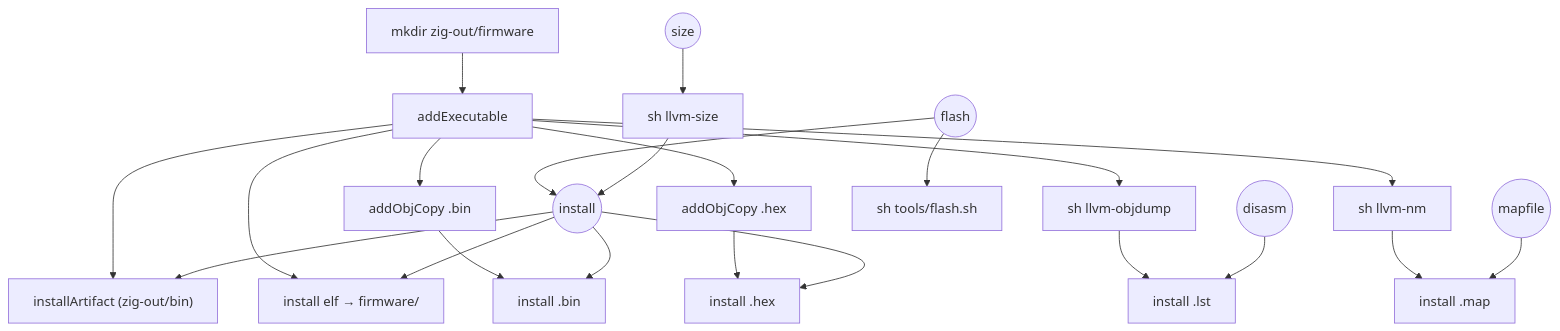
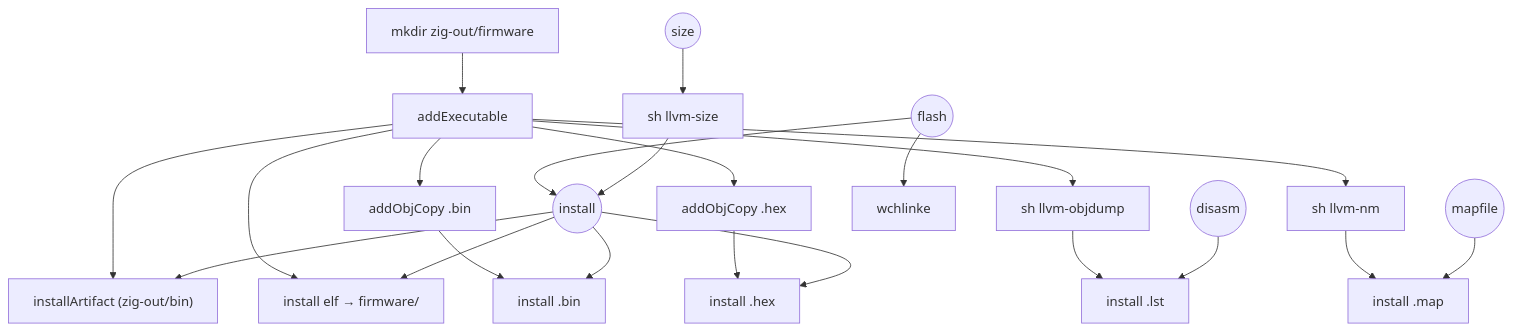
One commit to MimocWorks/ch32fun_zig changed the second of 2 diagrams in docs/chapters/07-build-zig-walkthrough/README.md. Above: the diagram before and after it, drawn with Mermaid. The commit also changed other lines of this file and 12 other files, not shown here.

````diff
--- a/docs/chapters/07-build-zig-walkthrough/README.md
+++ b/docs/chapters/07-build-zig-walkthrough/README.md
@@ -246,24 +246,24 @@
 ```mermaid
 flowchart TD
     mkdir["mkdir zig-out/firmware"] --> exe["addExecutable"]
     exe --> instArt["installArtifact (zig-out/bin)"]
     exe --> elfInst["install elf → firmware/"]
     exe --> bin["addObjCopy .bin"]
     exe --> hex["addObjCopy .hex"]
     bin --> binInst["install .bin"]
     hex --> hexInst["install .hex"]
     exe --> lstCmd["sh llvm-objdump"]
     lstCmd --> lstInst["install .lst"]
     exe --> mapCmd["sh llvm-nm"]
     mapCmd --> mapInst["install .map"]
     installStep((install)) --> instArt
     installStep --> elfInst
     installStep --> binInst
     installStep --> hexInst
     flashStep((flash)) --> installStep
-    flashStep --> flashCmd["sh tools/flash.sh"]
+    flashStep --> flashCmd["wchlinke"]
     disasmStep((disasm)) --> lstInst
     mapfileStep((mapfile)) --> mapInst
     sizeStep((size)) --> sizeCmd["sh llvm-size"]
     sizeCmd --> installStep
 ```
````
